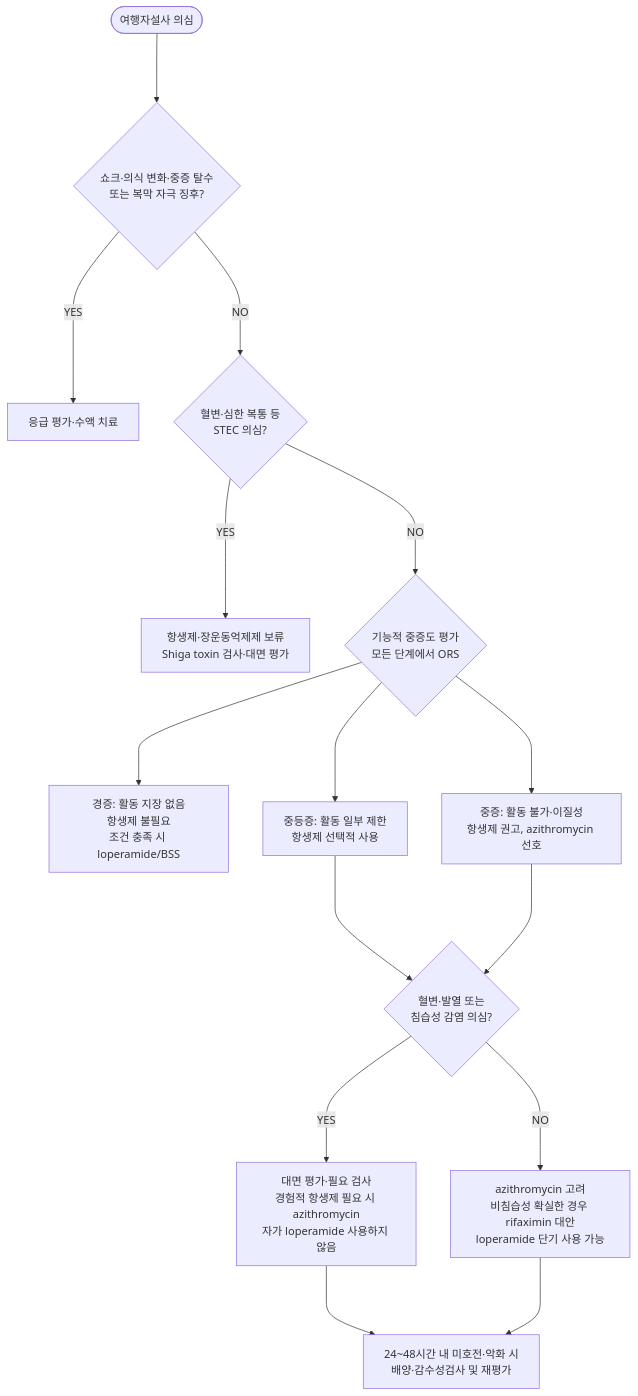
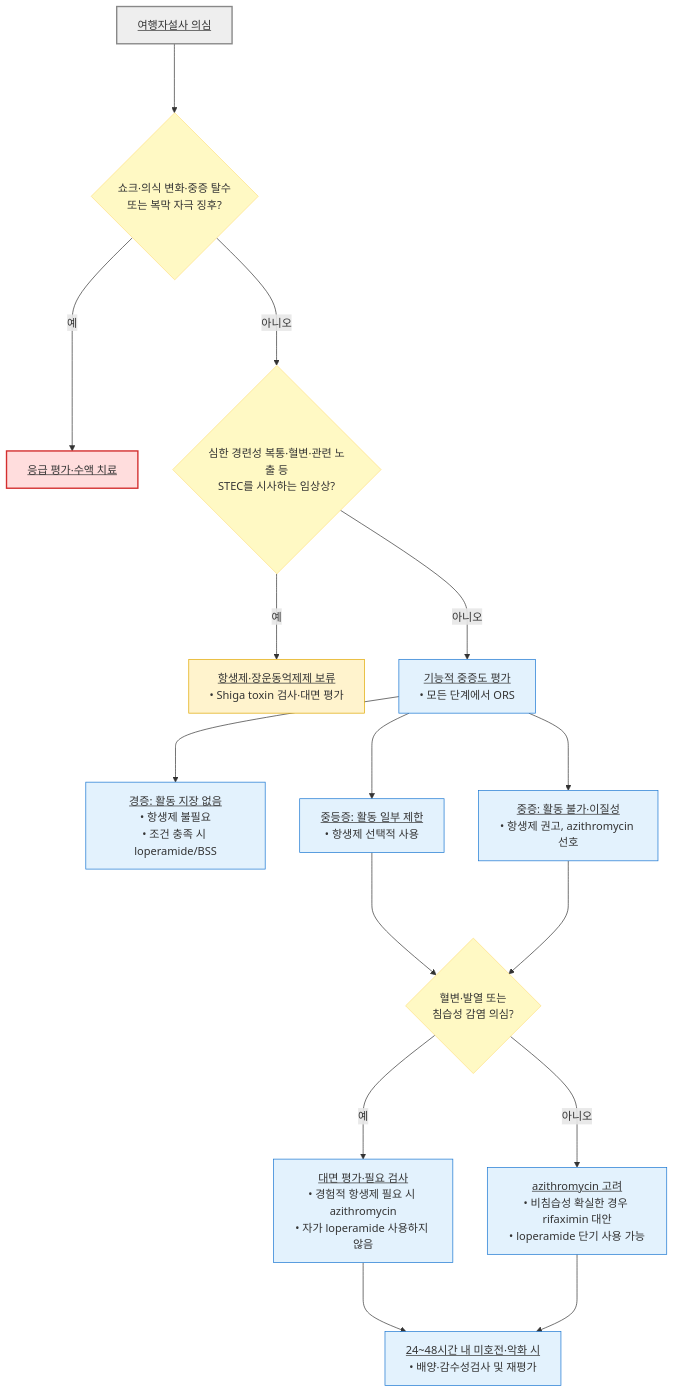
Before and after one commit to familyoh77/familyoh77: the diagram in 224_/086_-travelers-diarrhea.md, drawn with Mermaid. The commit also changed other lines of this file and 8 other files, not shown here.

````diff
--- a/224_/086_-travelers-diarrhea.md
+++ b/224_/086_-travelers-diarrhea.md
@@ -92,17 +90,25 @@
 ```mermaid
-graph TD
-    A([여행자설사 의심]) ---> R{"쇼크·의식 변화·중증 탈수<br>또는 복막 자극 징후?"}
-    R --->|YES| U["응급 평가·수액 치료"]
-    R --->|NO| S{"혈변·심한 복통 등<br>STEC 의심?"}
-    S --->|YES| T["항생제·장운동억제제 보류<br>Shiga toxin 검사·대면 평가"]
-    S --->|NO| B{"기능적 중증도 평가<br>모든 단계에서 ORS"}
-    B ---> C["경증: 활동 지장 없음<br>항생제 불필요<br>조건 충족 시 loperamide/BSS"]
-    B ---> D["중등증: 활동 일부 제한<br>항생제 선택적 사용"]
-    B ---> E["중증: 활동 불가·이질성<br>항생제 권고, azithromycin 선호"]
-    D ---> F{"혈변·발열 또는<br>침습성 감염 의심?"}
+flowchart TD
+    A["<u>여행자설사 의심</u>"] ---> R{"쇼크·의식 변화·중증 탈수<br/>또는 복막 자극 징후?"}
+    R --->|예| U["<u>응급 평가·수액 치료</u>"]
+    R --->|아니오| S{"심한 경련성 복통·혈변·관련 노출 등<br/>STEC를 시사하는 임상상?"}
+    S --->|예| T["<u>항생제·장운동억제제 보류</u><br/>• Shiga toxin 검사·대면 평가"]
+    S --->|아니오| B["<u>기능적 중증도 평가</u><br/>• 모든 단계에서 ORS"]
+    B ---> C["<u>경증: 활동 지장 없음</u><br/>• 항생제 불필요<br/>• 조건 충족 시 loperamide/BSS"]
+    B ---> D["<u>중등증: 활동 일부 제한</u><br/>• 항생제 선택적 사용"]
+    B ---> E["<u>중증: 활동 불가·이질성</u><br/>• 항생제 권고, azithromycin 선호"]
+    D ---> F{"혈변·발열 또는<br/>침습성 감염 의심?"}
     E ---> F
-    F --->|YES| G["대면 평가·필요 검사<br>경험적 항생제 필요 시 azithromycin<br>자가 loperamide 사용하지 않음"]
-    F --->|NO| H["azithromycin 고려<br>비침습성 확실한 경우 rifaximin 대안<br>loperamide 단기 사용 가능"]
-    G ---> I["24~48시간 내 미호전·악화 시<br>배양·감수성검사 및 재평가"]
+    F --->|예| G["<u>대면 평가·필요 검사</u><br/>• 경험적 항생제 필요 시 azithromycin<br/>• 자가 loperamide 사용하지 않음"]
+    F --->|아니오| H["<u>azithromycin 고려</u><br/>• 비침습성 확실한 경우 rifaximin 대안<br/>• loperamide 단기 사용 가능"]
+    G ---> I["<u>24~48시간 내 미호전·악화 시</u><br/>• 배양·감수성검사 및 재평가"]
     H ---> I
+
+    classDef question fill:#fff9c4,stroke:#ffe082
+    class R,S,F question
+    classDef treatment fill:#e3f2fd,stroke:#1976d2
+    class B,C,D,E,G,H,I treatment
+    style A fill:#eeeeee,stroke:#888888,stroke-width:2px
+    style U fill:#ffdddd,stroke:#d32f2f,stroke-width:2px
+    style T fill:#fff3cd,stroke:#e0a800
 ```
````
